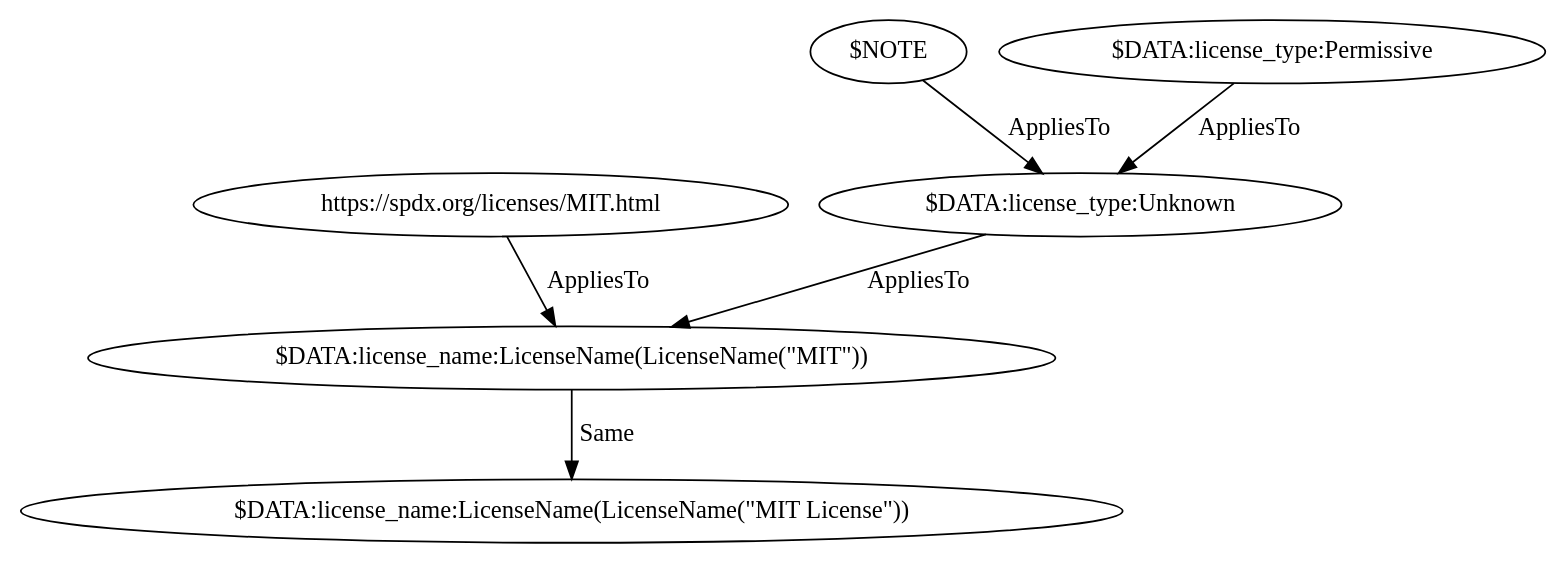
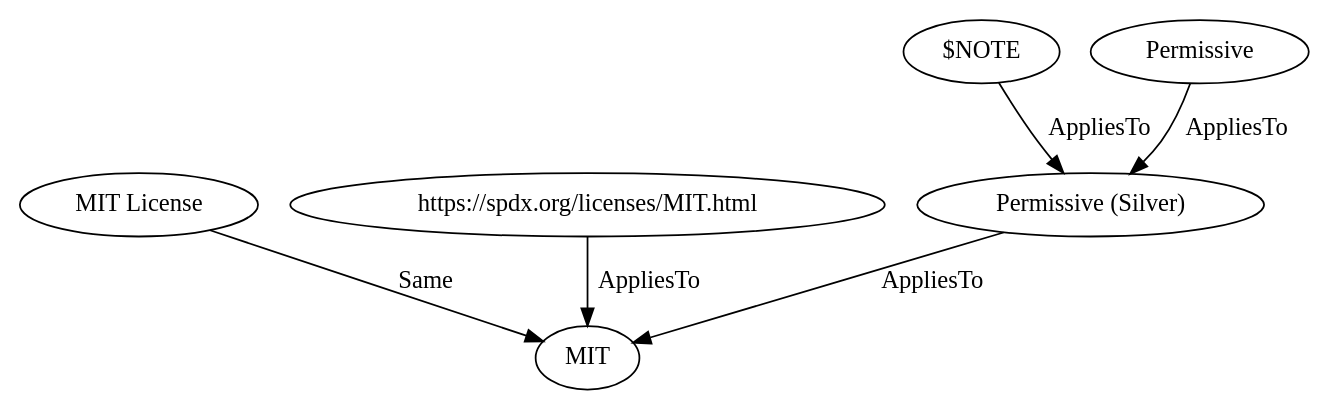
The diagram in test_output/source_blueoakcouncil/license/MIT.dot (maxhbr/LDBcollector), drawn with Graphviz before and after one commit. The commit also changed 55 other files, not shown here.

```diff
--- a/test_output/source_blueoakcouncil/license/MIT.dot
+++ b/test_output/source_blueoakcouncil/license/MIT.dot
@@ -1,13 +1,13 @@
 digraph {
-    55 [ label = "$DATA:license_name:LicenseName(LicenseName(\"MIT License\"))" ]
-    56 [ label = "$DATA:license_name:LicenseName(LicenseName(\"MIT\"))" ]
+    55 [ label = "MIT" ]
+    56 [ label = "MIT License" ]
     57 [ label = "https://spdx.org/licenses/MIT.html" ]
-    82 [ label = "$DATA:license_type:Unknown" ]
+    82 [ label = "Permissive (Silver)" ]
     83 [ label = "$NOTE" ]
-    564 [ label = "$DATA:license_type:Permissive" ]
+    564 [ label = "Permissive" ]
     56 -> 55 [ label = "Same" ]
-    57 -> 56 [ label = "AppliesTo" ]
-    82 -> 56 [ label = "AppliesTo" ]
+    57 -> 55 [ label = "AppliesTo" ]
+    82 -> 55 [ label = "AppliesTo" ]
     83 -> 82 [ label = "AppliesTo" ]
     564 -> 82 [ label = "AppliesTo" ]
 }
```
